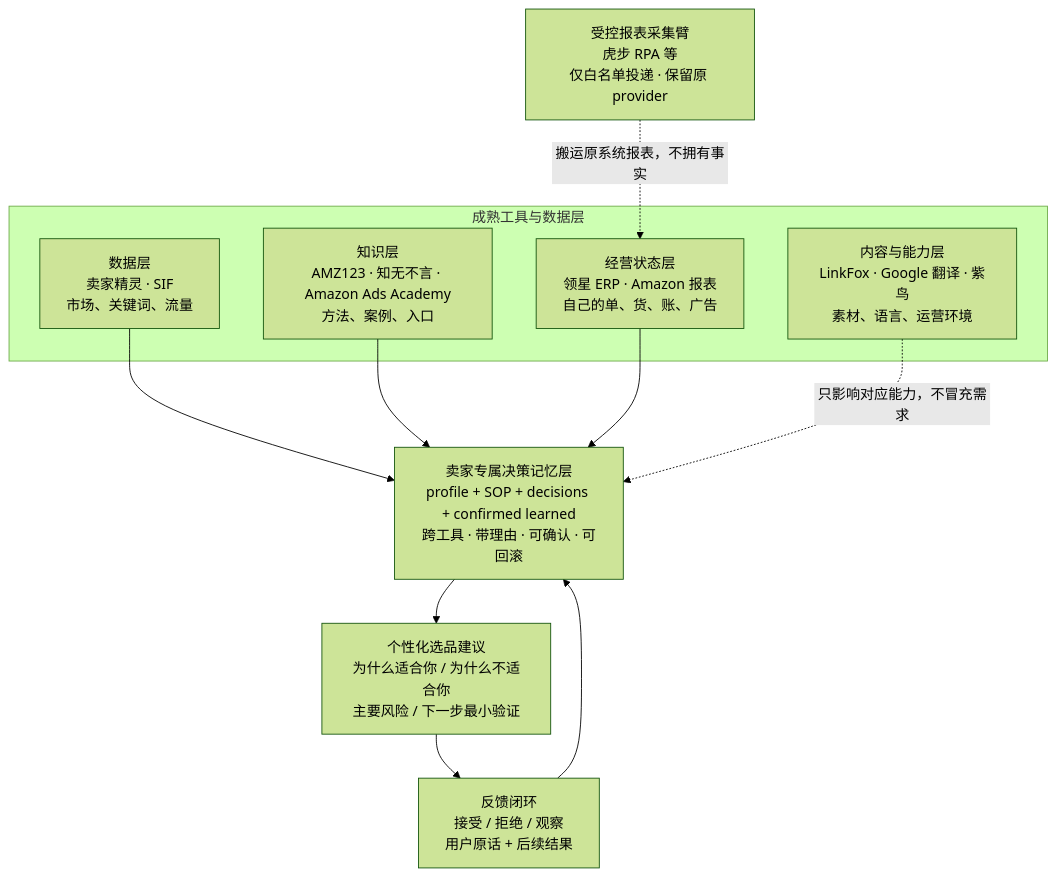
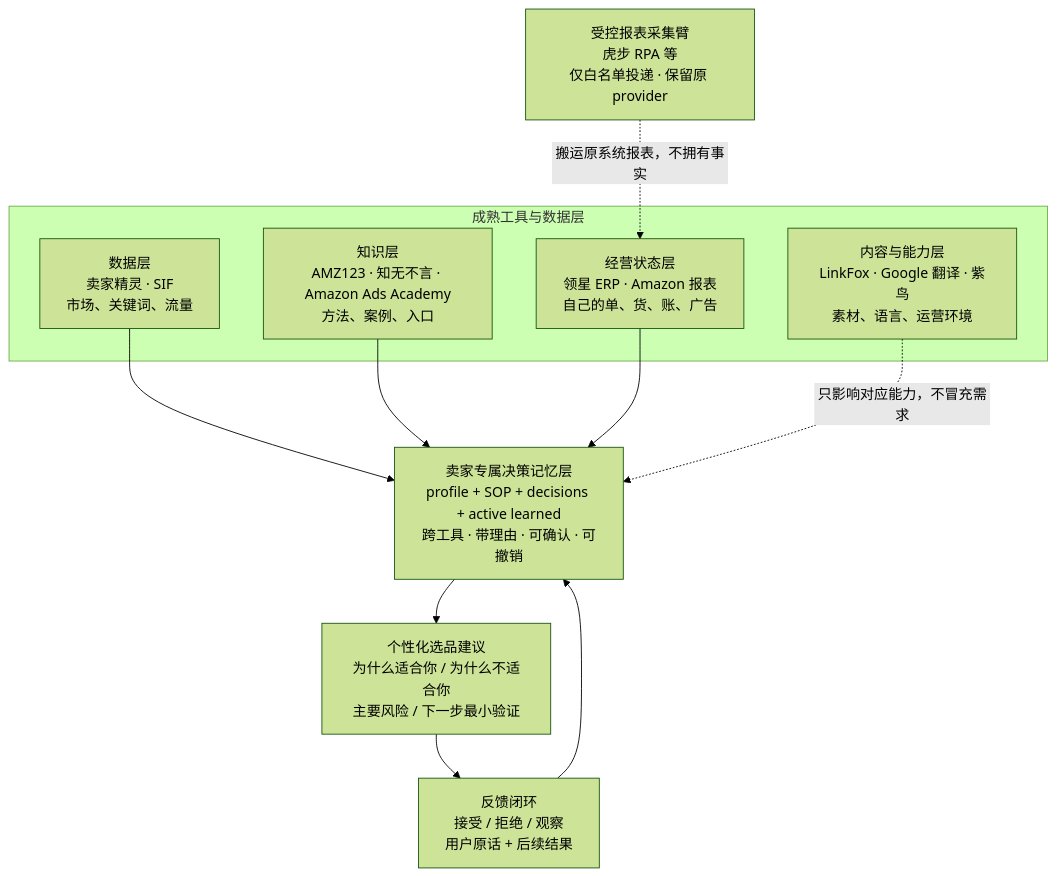
The diagram in references/demo-opening-positioning.md (jiya1996/cross-border-product-research-skill), drawn with Mermaid (forest theme) before and after one commit. The commit also changed other lines of this file and 53 other files, not shown here.

````diff
--- a/references/demo-opening-positioning.md
+++ b/references/demo-opening-positioning.md
@@ -9,23 +9,23 @@
 ```mermaid
 flowchart TB
     subgraph T["成熟工具与数据层"]
         D["数据层<br/>卖家精灵 · SIF<br/>市场、关键词、流量"]
         K["知识层<br/>AMZ123 · 知无不言 · Amazon Ads Academy<br/>方法、案例、入口"]
         O["经营状态层<br/>领星 ERP · Amazon 报表<br/>自己的单、货、账、广告"]
         C["内容与能力层<br/>LinkFox · Google 翻译 · 紫鸟<br/>素材、语言、运营环境"]
     end
 
-    M["卖家专属决策记忆层<br/>profile + SOP + decisions + confirmed learned<br/>跨工具 · 带理由 · 可确认 · 可回滚"]
+    M["卖家专属决策记忆层<br/>profile + SOP + decisions + active learned<br/>跨工具 · 带理由 · 可确认 · 可撤销"]
     Q["个性化选品建议<br/>为什么适合你 / 为什么不适合你<br/>主要风险 / 下一步最小验证"]
     F["反馈闭环<br/>接受 / 拒绝 / 观察<br/>用户原话 + 后续结果"]
     E["受控报表采集臂<br/>虎步 RPA 等<br/>仅白名单投递 · 保留原 provider"]
 
     D --> M
     K --> M
     O --> M
     C -. "只影响对应能力，不冒充需求" .-> M
     E -. "搬运原系统报表，不拥有事实" .-> O
     M --> Q
     Q --> F
     F --> M
 ```
````
